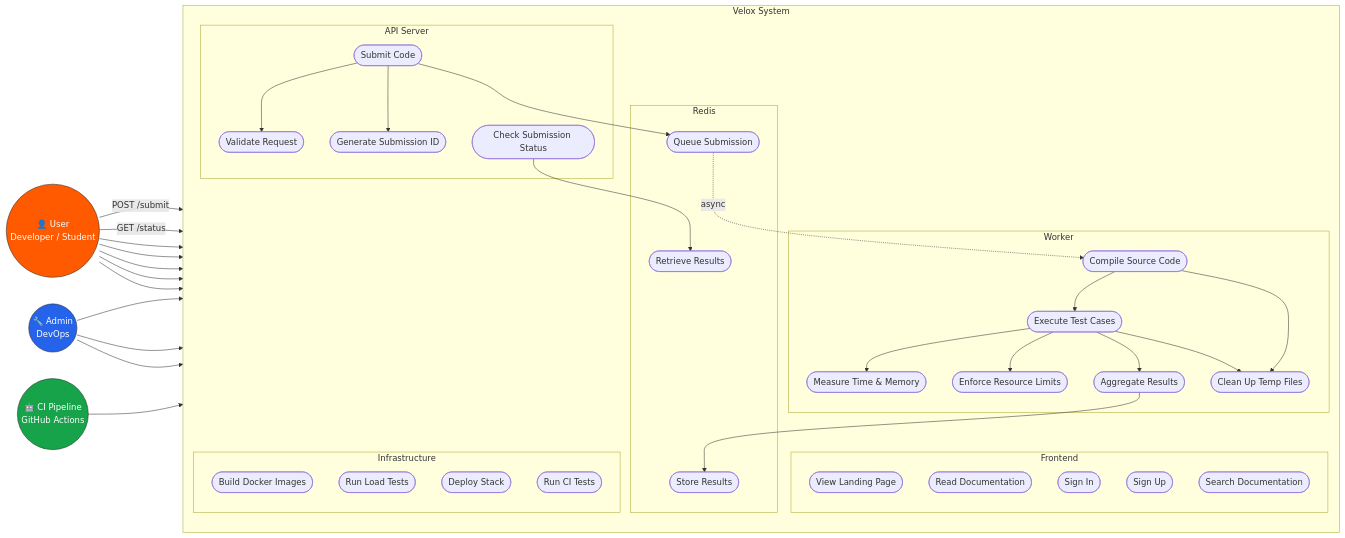
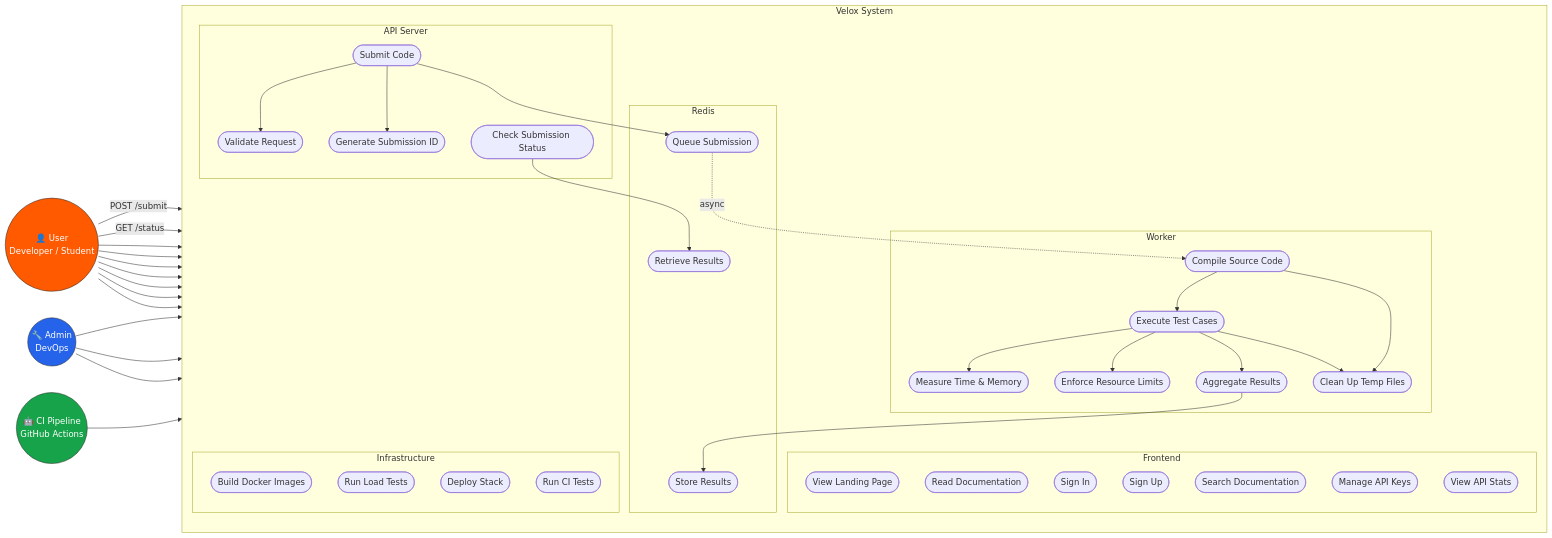
The first of 2 diagrams in Diagrams/04_use_case_diagram.md (Smanikanta21/velox), drawn with Mermaid before and after one commit. The commit also changed other lines of this file and 6 other files, not shown here.

```diff
--- a/Diagrams/04_use_case_diagram.md
+++ b/Diagrams/04_use_case_diagram.md
@@ -42,6 +42,8 @@
             UC16([Sign In])
             UC17([Sign Up])
             UC18([Search Documentation])
+            UC23([Manage API Keys])
+            UC24([View API Stats])
         end
 
         subgraph "Infrastructure"
@@ -59,6 +61,8 @@
     User --> UC16
     User --> UC17
     User --> UC18
+    User --> UC23
+    User --> UC24
 
     UC1 --> UC3
     UC1 --> UC4
```
